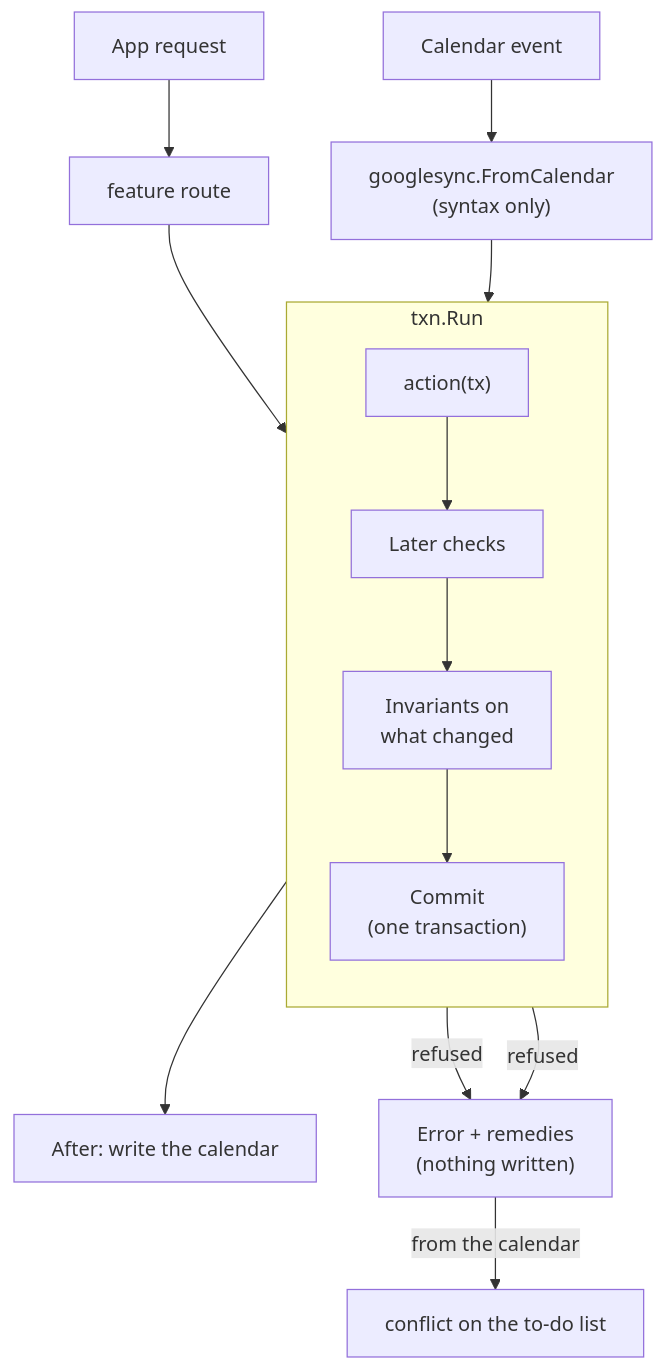
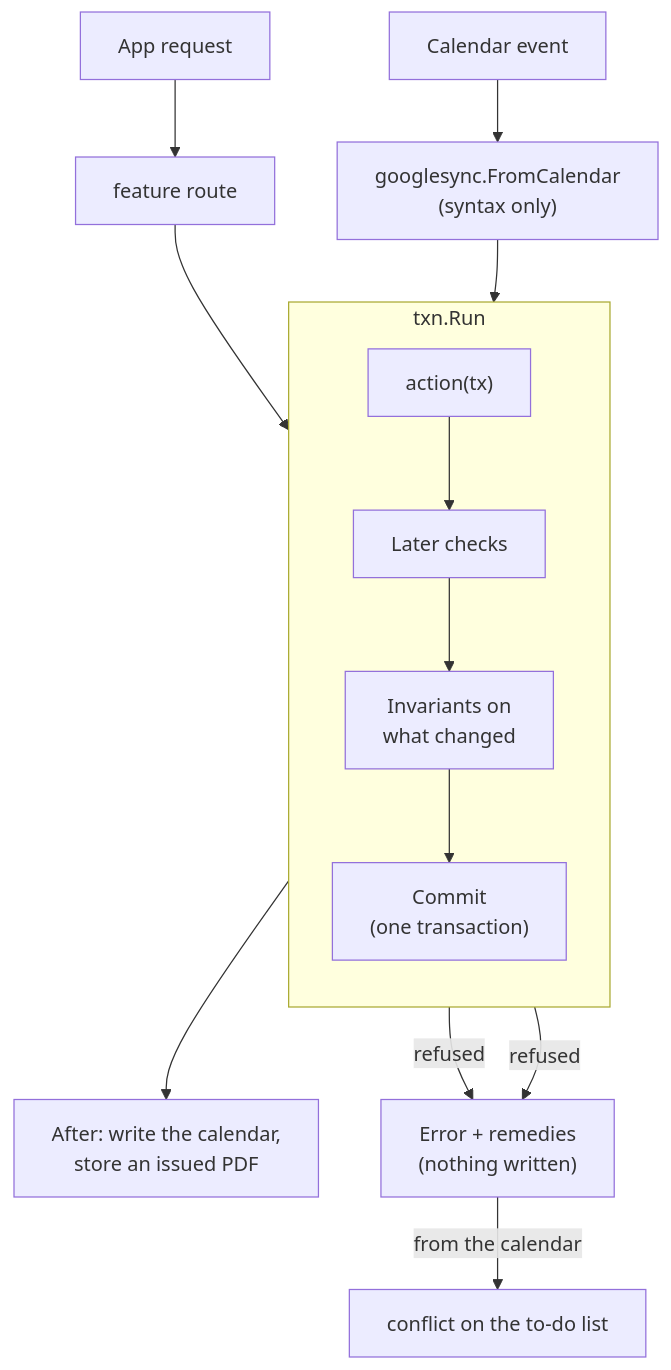
The diagram in README.md (hozhuyi-dev/bizzy), drawn with Mermaid before and after one commit. The commit also changed other lines of this file and 66 other files, not shown here.

Commit message:
implement pdf generation in lambda with golang and store issued documents on s3

````diff
--- a/README.md
+++ b/README.md
@@ -50,15 +51,15 @@
 ```mermaid
 flowchart TD
   app["App request"] --> handler["feature route"]
   cal["Calendar event"] --> tr["googlesync.FromCalendar<br/>(syntax only)"]
   handler --> action["action(tx)"]
   tr --> action
   subgraph run["txn.Run"]
     direction TB
     action --> later["Later checks"] --> inv["Invariants on<br/>what changed"] --> commit["Commit<br/>(one transaction)"]
   end
-  commit --> after["After: write the calendar"]
+  commit --> after["After: write the calendar,<br/>store an issued PDF"]
   action -- "refused" --> err["Error + remedies<br/>(nothing written)"]
   later -- "refused" --> err
   err -- "from the calendar" --> conflict["conflict on the to-do list"]
 ```
````
